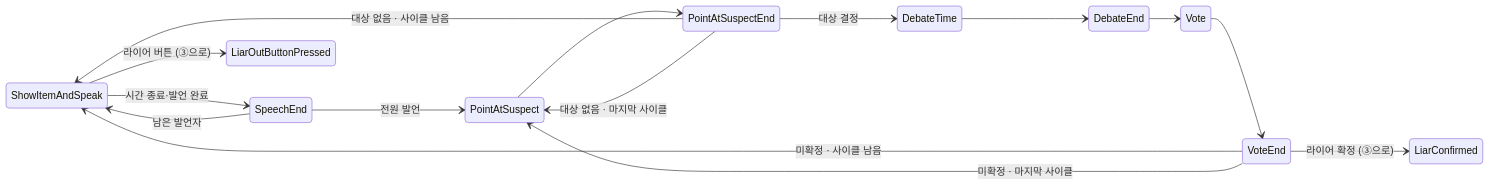
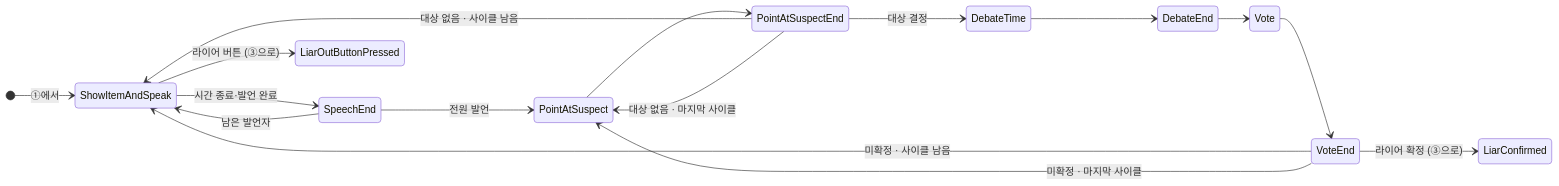
The fourth of 6 diagrams in src/2-sh-server/기술문서.md (krr6606/krr6606.github.io), drawn with Mermaid before and after one commit. The commit also changed other lines of this file and 5 other files, not shown here.

First line of the commit message:
시장에 가면 강사 리뷰 반영, 다이어그램 ELK 배치 적용

````diff
--- a/src/2-sh-server/기술문서.md
+++ b/src/2-sh-server/기술문서.md
@@ -301,18 +314,20 @@
 ```mermaid
 stateDiagram-v2
+    %% pf-elk: model-order
     direction LR
+    [*] --> ShowItemAndSpeak : ①에서
     ShowItemAndSpeak --> SpeechEnd : 시간 종료·발언 완료
     SpeechEnd --> ShowItemAndSpeak : 남은 발언자
     SpeechEnd --> PointAtSuspect : 전원 발언
     PointAtSuspect --> PointAtSuspectEnd
     PointAtSuspectEnd --> DebateTime : 대상 결정
     PointAtSuspectEnd --> ShowItemAndSpeak : 대상 없음 · 사이클 남음
     PointAtSuspectEnd --> PointAtSuspect : 대상 없음 · 마지막 사이클
     DebateTime --> DebateEnd
     DebateEnd --> Vote
     Vote --> VoteEnd
     VoteEnd --> ShowItemAndSpeak : 미확정 · 사이클 남음
     VoteEnd --> PointAtSuspect : 미확정 · 마지막 사이클
     VoteEnd --> LiarConfirmed : 라이어 확정 (③으로)
     ShowItemAndSpeak --> LiarOutButtonPressed : 라이어 버튼 (③으로)
 ```
````
